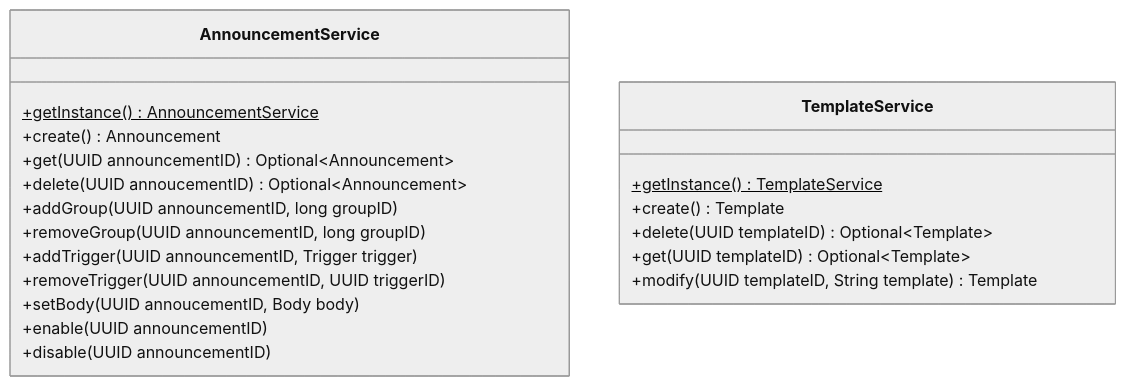
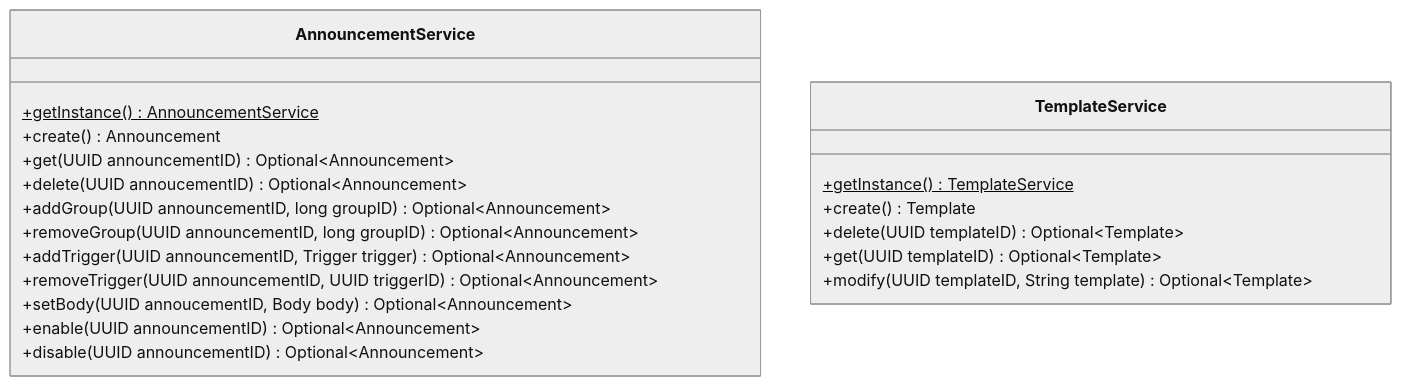
One commit to nanoyou/MaidNana changed the third of 3 diagrams in docs/class-diagram.md. Above: the diagram before and after it, drawn with Mermaid (neutral theme).

Commit message:
docs: 修改 Service 返回值

````diff
--- a/docs/class-diagram.md
+++ b/docs/class-diagram.md
@@ -61,25 +61,25 @@
 ```mermaid
 classDiagram
 class AnnouncementService {
     +getInstance()$ AnnouncementService
     
     +create() Announcement
     +get(UUID announcementID) Optional~Announcement~
     +delete(UUID annoucementID) Optional~Announcement~
-    +addGroup(UUID announcementID, long groupID)
-    +removeGroup(UUID announcementID, long groupID)
-    +addTrigger(UUID announcementID, Trigger trigger)
-    +removeTrigger(UUID announcementID, UUID triggerID)
-    +setBody(UUID annoucementID, Body body)
-    +enable(UUID announcementID)
-    +disable(UUID announcementID)
+    +addGroup(UUID announcementID, long groupID) Optional~Announcement~
+    +removeGroup(UUID announcementID, long groupID) Optional~Announcement~
+    +addTrigger(UUID announcementID, Trigger trigger) Optional~Announcement~
+    +removeTrigger(UUID announcementID, UUID triggerID) Optional~Announcement~
+    +setBody(UUID annoucementID, Body body) Optional~Announcement~
+    +enable(UUID announcementID) Optional~Announcement~
+    +disable(UUID announcementID) Optional~Announcement~
 }
 class TemplateService {
     +getInstance()$ TemplateService
     
     +create() Template
     +delete(UUID templateID) Optional~Template~
     +get(UUID templateID) Optional~Template~
-    +modify(UUID templateID, String template) Template
+    +modify(UUID templateID, String template) Optional~Template~
 }
 ```
````
